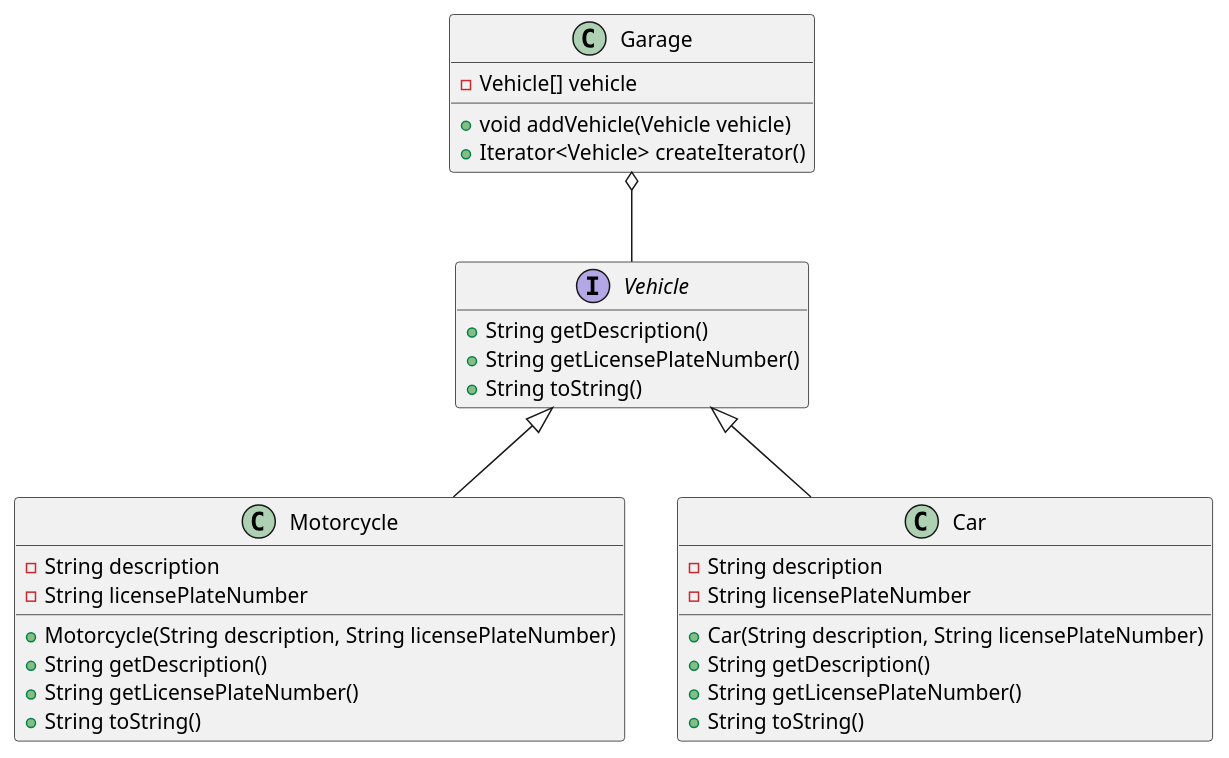
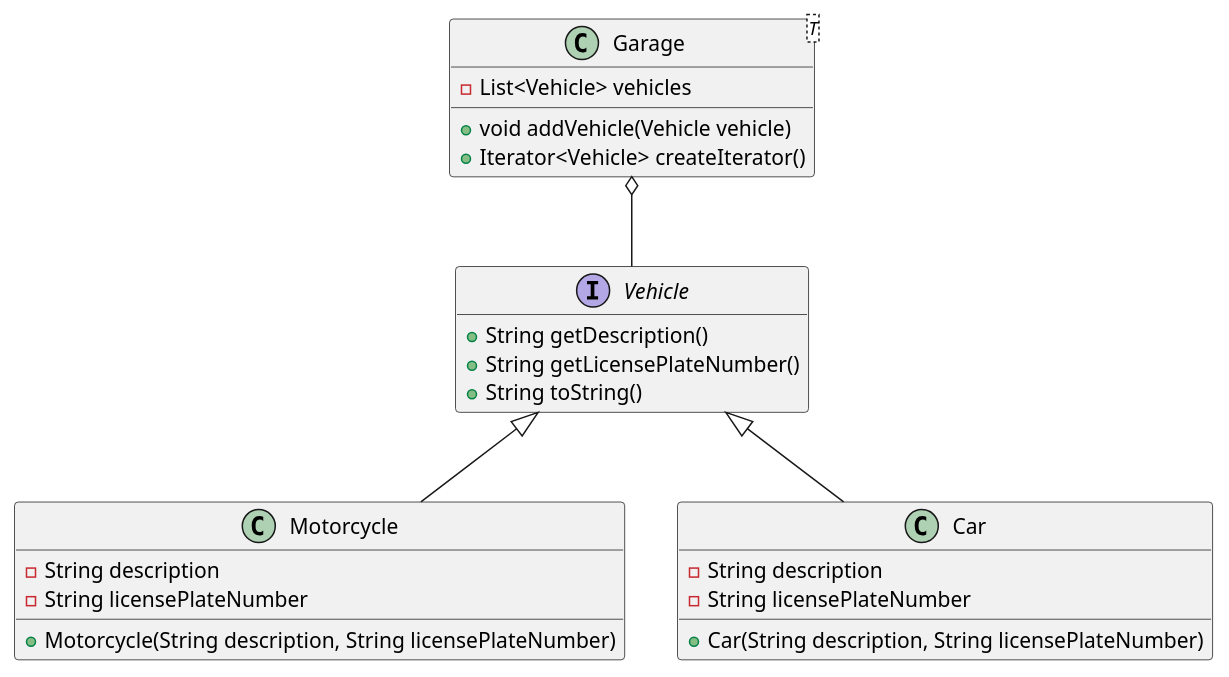
Before and after one commit to gama79530/DesignPattern: the diagram in IteratorPattern/example.puml, drawn with PlantUML. The commit also changed 9 other files, not shown here.

```diff
--- a/IteratorPattern/example.puml
+++ b/IteratorPattern/example.puml
@@ -1,38 +1,32 @@
 @startuml example
 hide empty members
 
 interface Vehicle{
     + String getDescription()
     + String getLicensePlateNumber()
     + String toString()
 }
 
 class Motorcycle{
     - String description
     - String licensePlateNumber
     + Motorcycle(String description, String licensePlateNumber)
-    + String getDescription()
-    + String getLicensePlateNumber()
-    + String toString()
 }
 
 class Car{
     - String description
     - String licensePlateNumber
     + Car(String description, String licensePlateNumber)
-    + String getDescription()
-    + String getLicensePlateNumber()
-    + String toString()
 }
 
-class Garage{
-    - Vehicle[] vehicle
+class Garage<T>{
+    - List<Vehicle> vehicles
     + void addVehicle(Vehicle vehicle)
     + Iterator<Vehicle> createIterator()
 }
 
 Garage o-- Vehicle
 Vehicle <|-- Motorcycle
 Vehicle <|-- Car
 
 @enduml 
```
